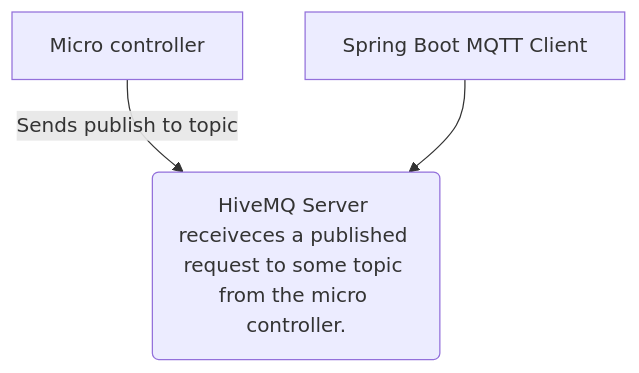
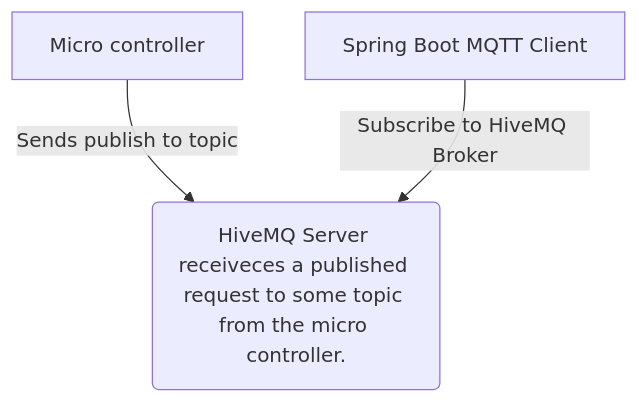
One commit to jonss0777/DIY_Sensor changed the second of 2 diagrams in README.md. Above: the diagram before and after it, drawn with Mermaid. The commit also changed other lines of this file, not shown here.

````diff
--- a/README.md
+++ b/README.md
@@ -33,5 +33,5 @@
 ```mermaid
    flowchart TD
     A[Micro controller] -->|Sends publish to topic| B(HiveMQ Server receiveces a published request to some topic from the micro controller.)
-    C[Spring Boot MQTT Client] -->B
+    C[Spring Boot MQTT Client] -->|Subscribe to HiveMQ Broker|B
 ```
````
